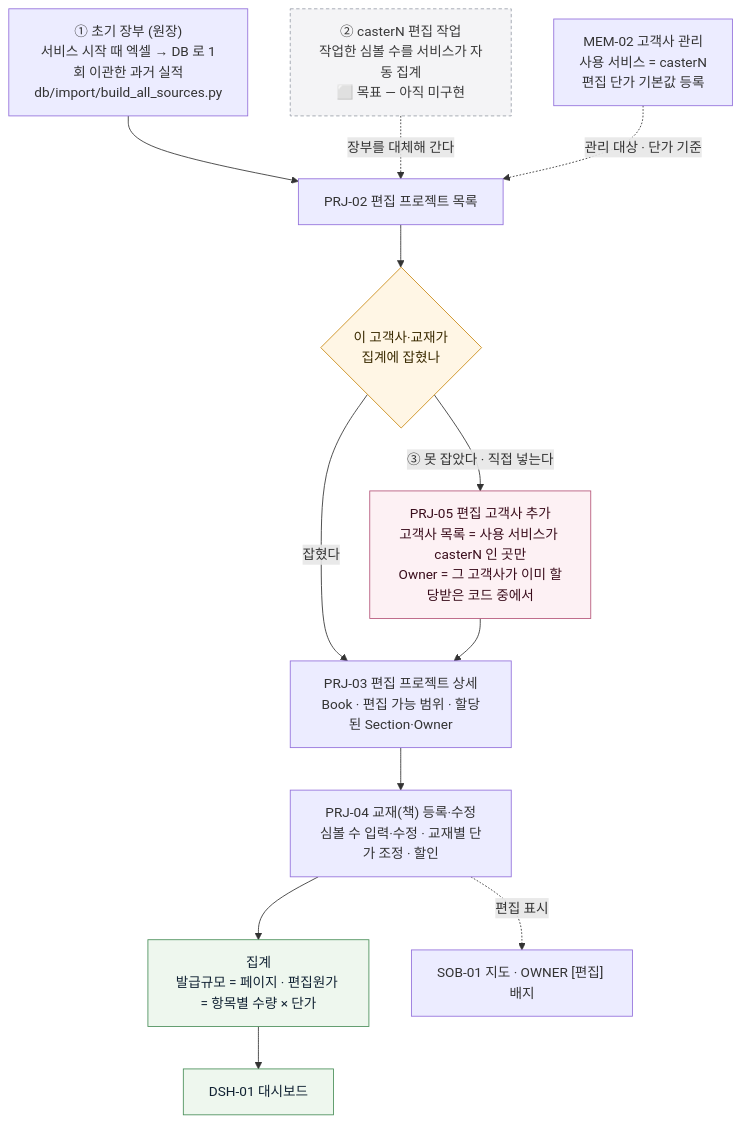
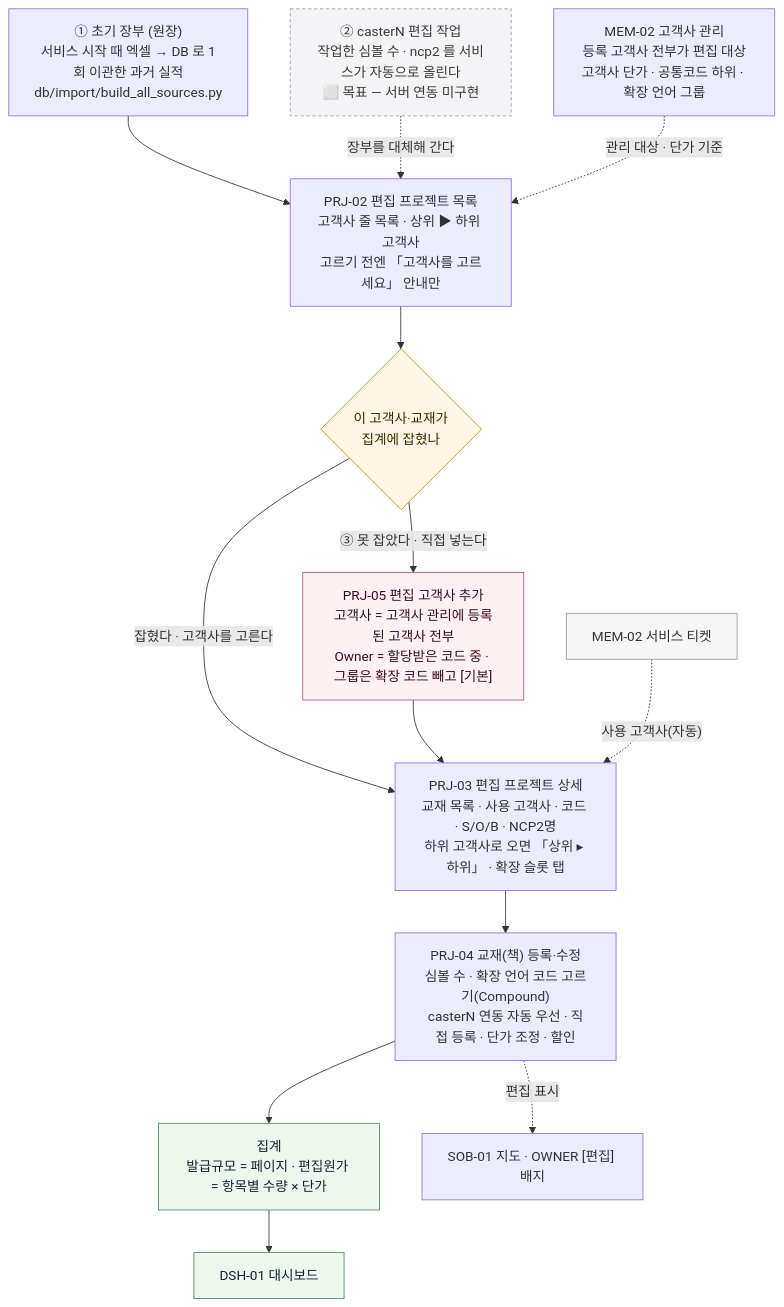
One commit to sjkim-create/NcodeCenter changed the fourth of 6 diagrams in docs/NcodeCenter-Flow.md. Above: the diagram before and after it, drawn with Mermaid. The commit also changed other lines of this file and 3 other files, not shown here.

````diff
--- a/docs/NcodeCenter-Flow.md
+++ b/docs/NcodeCenter-Flow.md
@@ -133,26 +153,29 @@
 ```mermaid
 flowchart TD
     LED["① 초기 장부 (원장)<br/>서비스 시작 때 엑셀 → DB 로 1회 이관한 과거 실적<br/>db/import/build_all_sources.py"] --> P2
-    AUTO["② casterN 편집 작업<br/>작업한 심볼 수를 서비스가 자동 집계<br/>⬜ 목표 — 아직 미구현"] -. 장부를 대체해 간다 .-> P2
-    M["MEM-02 고객사 관리<br/>사용 서비스 = casterN<br/>편집 단가 기본값 등록"] -. 관리 대상 · 단가 기준 .-> P2
-    P2["PRJ-02 편집 프로젝트 목록"]
+    AUTO["② casterN 편집 작업<br/>작업한 심볼 수 · ncp2 를 서비스가 자동으로 올린다<br/>⬜ 목표 — 서버 연동 미구현"] -. 장부를 대체해 간다 .-> P2
+    M["MEM-02 고객사 관리<br/>등록 고객사 전부가 편집 대상<br/>고객사 단가 · 공통코드 하위 · 확장 언어 그룹"] -. 관리 대상 · 단가 기준 .-> P2
+    P2["PRJ-02 편집 프로젝트 목록<br/>고객사 줄 목록 · 상위 ▶ 하위 고객사<br/>고르기 전엔 「고객사를 고르세요」 안내만"]
 
     P2 --> Q{"이 고객사·교재가<br/>집계에 잡혔나"}
-    Q -->|"잡혔다"| P3
-    Q -->|"③ 못 잡았다 · 직접 넣는다"| ADD["PRJ-05 편집 고객사 추가<br/>고객사 목록 = 사용 서비스가 casterN 인 곳만<br/>Owner = 그 고객사가 이미 할당받은 코드 중에서"]
-    ADD --> P3["PRJ-03 편집 프로젝트 상세<br/>Book · 편집 가능 범위 · 할당된 Section·Owner"]
+    Q -->|"잡혔다 · 고객사를 고른다"| P3
+    Q -->|"③ 못 잡았다 · 직접 넣는다"| ADD["PRJ-05 편집 고객사 추가<br/>고객사 = 고객사 관리에 등록된 고객사 전부<br/>Owner = 할당받은 코드 중 · 그룹은 확장 코드 빼고 [기본]"]
+    ADD --> P3["PRJ-03 편집 프로젝트 상세<br/>교재 목록 · 사용 고객사 · 코드 · S/O/B · NCP2명<br/>하위 고객사로 오면 「상위 ▸ 하위」 · 확장 슬롯 탭"]
 
-    P3 --> P4["PRJ-04 교재(책) 등록·수정<br/>심볼 수 입력·수정 · 교재별 단가 조정 · 할인"]
+    P3 --> P4["PRJ-04 교재(책) 등록·수정<br/>심볼 수 · 확장 언어 코드 고르기(Compound)<br/>casterN 연동 자동 우선 · 직접 등록 · 단가 조정 · 할인"]
+    TK["MEM-02 서비스 티켓"] -. 사용 고객사(자동) .-> P3
     P4 --> AGG["집계<br/>발급규모 = 페이지 · 편집원가 = 항목별 수량 × 단가"]
     AGG --> DSH["DSH-01 대시보드"]
     P4 -. 편집 표시 .-> SOB["SOB-01 지도 · OWNER [편집] 배지"]
 
     classDef gate fill:#fff6e5,stroke:#c98a12,color:#3a2a00;
     classDef out fill:#eef7ee,stroke:#4a8f5a,color:#123;
     classDef man fill:#fdf1f4,stroke:#b5567a,color:#3a0d1c;
     classDef todo fill:#f4f4f6,stroke:#9aa0aa,color:#3a3a3a,stroke-dasharray:4 3;
+    classDef ext fill:#f6f6f6,stroke:#999,color:#333;
     class Q gate;
     class AGG,DSH out;
     class ADD man;
     class AUTO todo;
+    class TK ext;
 ```
````
